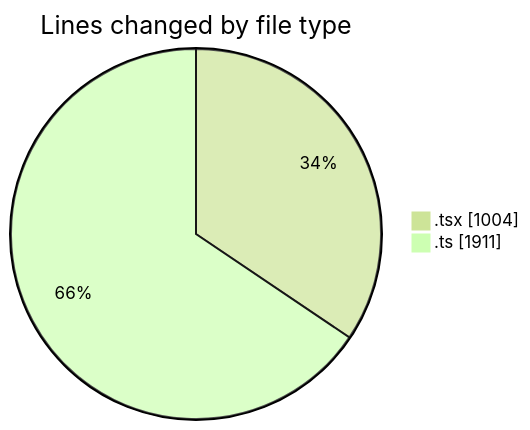
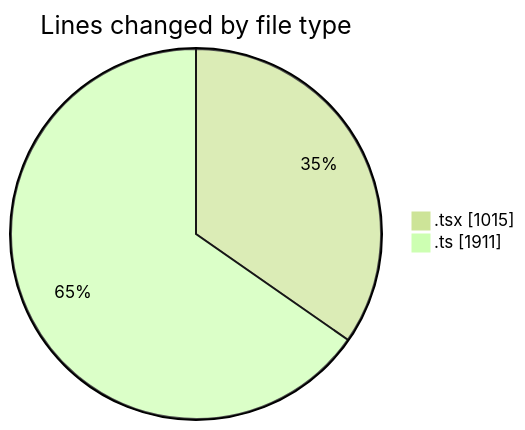
One commit to julien-gomy/code-tracking changed the first of 2 diagrams in 2025-10-14/eventscop-frontend-guide__workspace_/README.md. Above: the diagram before and after it, drawn with Mermaid (forest theme). The commit also changed other lines of this file and 1 other file, not shown here.

````diff
--- a/2025-10-14/eventscop-frontend-guide__workspace_/README.md
+++ b/2025-10-14/eventscop-frontend-guide__workspace_/README.md
@@ -37,6 +37,6 @@
 ```mermaid
 pie showData
 title Lines changed by file type
-".tsx" : 1004
+".tsx" : 1015
 ".ts" : 1911
 ```
````
